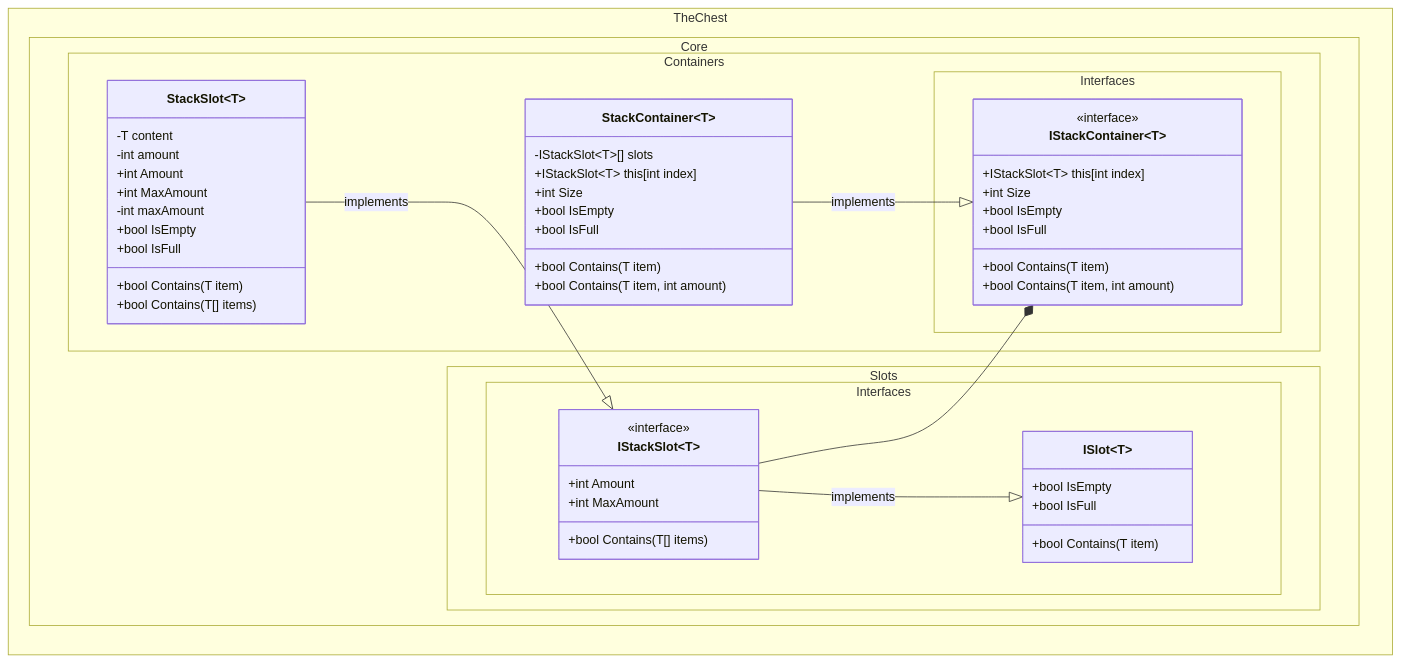
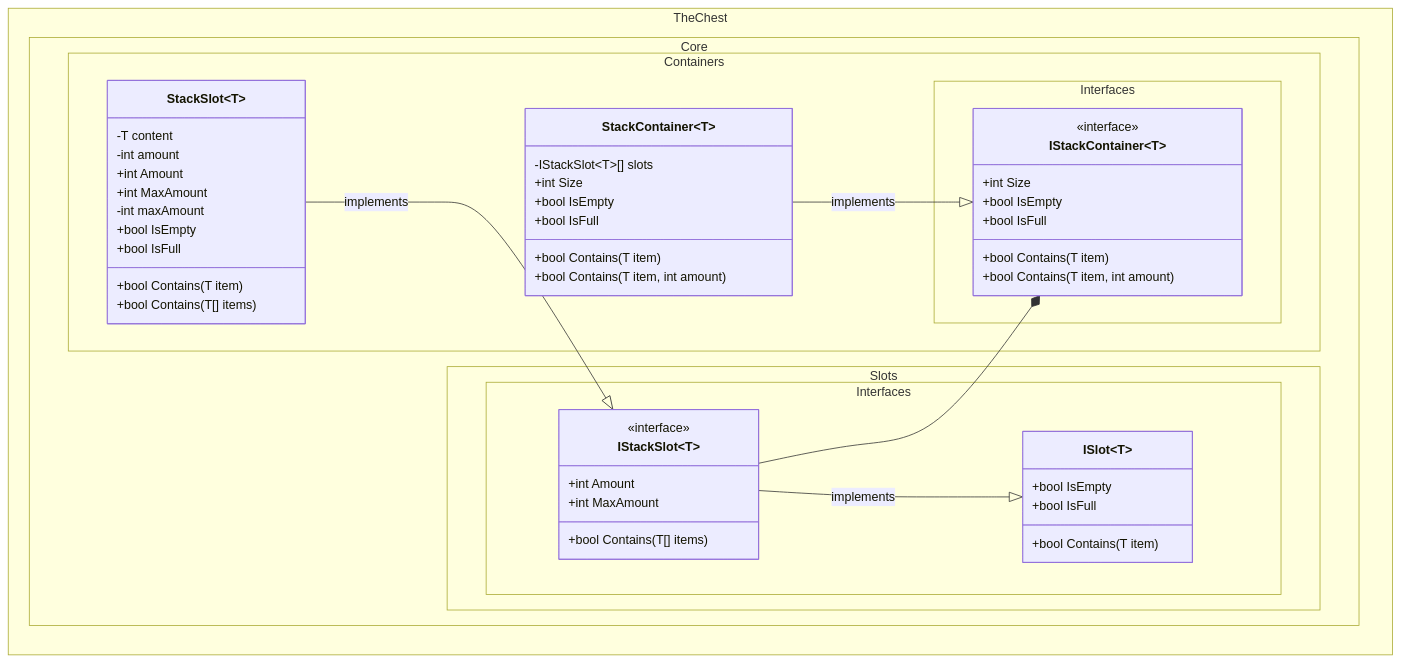
One commit to The-Chest/TheChest.Core changed the second of 3 diagrams in docs/class_diagram.md. Above: the diagram before and after it, drawn with Mermaid. The commit also changed other lines of this file, not shown here.

````diff
--- a/docs/class_diagram.md
+++ b/docs/class_diagram.md
@@ -67,63 +65,61 @@
 ```mermaid
 ---
 config:
   theme: mc
   look: classic
   class:
     hideEmptyMembersBox: true
 ---
 classDiagram
 direction BT
 	namespace TheChest.Core.Containers.Interfaces {
 		class IStackContainer~T~ {
-	        +IStackSlot~T~ this[int index]
 	        +int Size
 	        +bool IsEmpty
 	        +bool IsFull
 	        +bool Contains(T item)
 			+bool Contains(T item, int amount)
         }
 	}
 	namespace TheChest.Core.Slots.Interfaces {
         class ISlot~T~ {
 	        +bool IsEmpty
 	        +bool IsFull
 	        +bool Contains(T item)
         }
         class IStackSlot~T~ {
             +int Amount
             +int MaxAmount
 	        +bool Contains(T[] items)
         }
 	}
 	namespace TheChest.Core.Containers {
 		class StackContainer~T~ {
 			-IStackSlot~T~[] slots
-			+IStackSlot~T~ this[int index]
 	        +int Size
 	        +bool IsEmpty
 	        +bool IsFull
 	        +bool Contains(T item)
 			+bool Contains(T item, int amount)
         }
 		class StackSlot~T~{
 			-T content
 			-int amount            
 			+int Amount
             +int MaxAmount
 			-int maxAmount
 	        +bool IsEmpty
 	        +bool IsFull
 	        +bool Contains(T item)
 	        +bool Contains(T[] items)
 		}
 	}
 
 	<<interface>> IStackContainer
     <<interface>> IStackSlot
 
     StackContainer --|> IStackContainer : implements
     IStackSlot --|> ISlot : implements
     StackSlot --|> IStackSlot : implements
     IStackSlot --* IStackContainer
 ```
````
